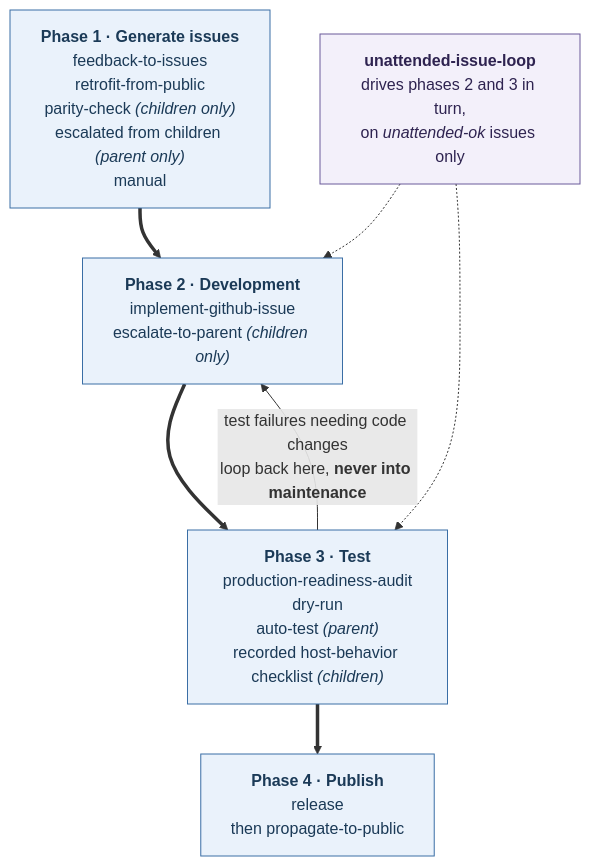
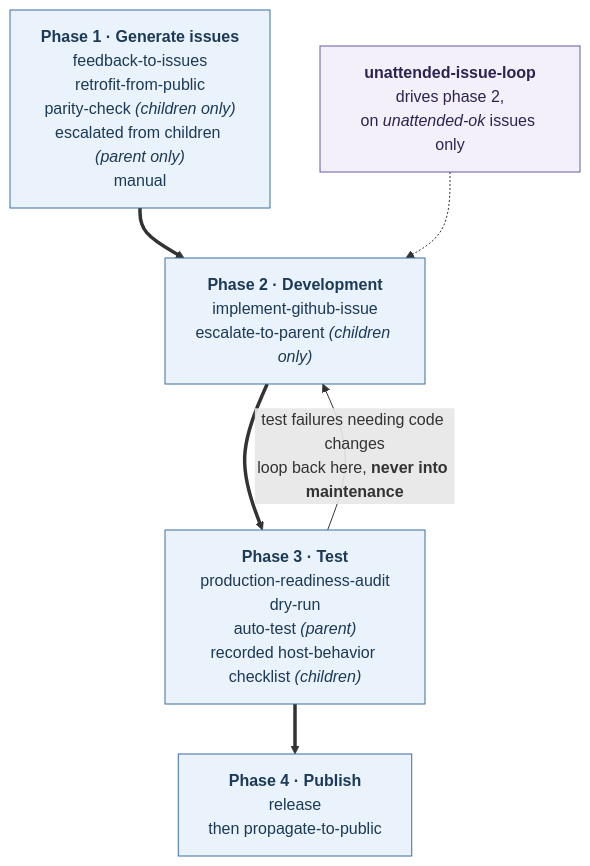
One commit to docktermj/senzing-bootcamp-claude-plugin-development changed the first of 4 diagrams in docs/FAMILY_WORKFLOW.md. Above: the diagram before and after it, drawn with Mermaid. The commit also changed other lines of this file and 71 other files, not shown here.

````diff
--- a/docs/FAMILY_WORKFLOW.md
+++ b/docs/FAMILY_WORKFLOW.md
@@ -84,19 +84,18 @@
 ```mermaid
 flowchart TB
     P1["<b>Phase 1 · Generate issues</b><br/>feedback-to-issues<br/>retrofit-from-public<br/>parity-check <i>(children only)</i><br/>escalated from children <i>(parent only)</i><br/>manual"]
     P2["<b>Phase 2 · Development</b><br/>implement-github-issue<br/>escalate-to-parent <i>(children only)</i>"]
     P3["<b>Phase 3 · Test</b><br/>production-readiness-audit<br/>dry-run<br/>auto-test <i>(parent)</i><br/>recorded host-behavior checklist <i>(children)</i>"]
     P4["<b>Phase 4 · Publish</b><br/>release<br/>then propagate-to-public"]
 
     P1 ==> P2 ==> P3 ==> P4
     P3 -->|"test failures needing code changes<br/>loop back here, <b>never into maintenance</b>"| P2
 
-    LOOP["<b>unattended-issue-loop</b><br/>drives phases 2 and 3 in turn,<br/>on <i>unattended-ok</i> issues only"]
+    LOOP["<b>unattended-issue-loop</b><br/>drives phase 2,<br/>on <i>unattended-ok</i> issues only"]
     LOOP -.-> P2
-    LOOP -.-> P3
 
     classDef phase fill:#eaf2fb,stroke:#3a6ea5,color:#1b3a57
     classDef driver fill:#f3f0fa,stroke:#6a5a9a,color:#2e2350
     class P1,P2,P3,P4 phase
     class LOOP driver
 ```
````
